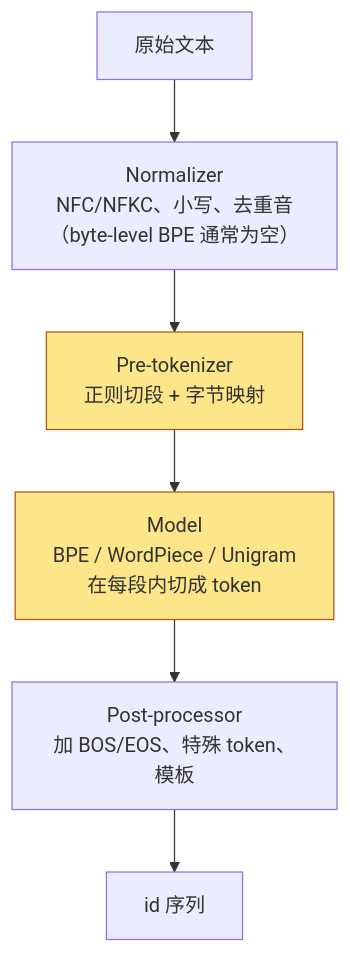
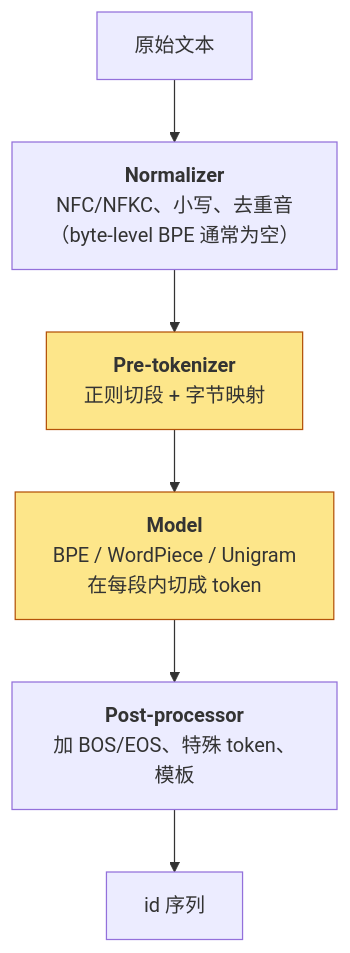
Before and after one commit to arganzheng/arganzheng.github.com: the diagram in _posts/2026-04-10-tokenizer-vocabulary-and-token-efficiency.md, drawn with Mermaid. The commit also changed 5 other files, not shown here.

First line of the commit message:
预训练：从 tokenizer 到训练配方：Mermaid 多行方框的首行标为标题（6 篇）

````diff
--- a/_posts/2026-04-10-tokenizer-vocabulary-and-token-efficiency.md
+++ b/_posts/2026-04-10-tokenizer-vocabulary-and-token-efficiency.md
@@ -322,12 +322,12 @@
 ```mermaid
 %% 图：tokenizer 的四段流水线：Normalizer → Pre-tokenizer → Model → Post-processor
 flowchart TB
-    T["原始文本"] --> N["Normalizer<br/>NFC/NFKC、小写、去重音<br/>（byte-level BPE 通常为空）"]
-    N --> P["Pre-tokenizer<br/>正则切段 + 字节映射"]
-    P --> M["Model<br/>BPE / WordPiece / Unigram<br/>在每段内切成 token"]
-    M --> PP["Post-processor<br/>加 BOS/EOS、特殊 token、模板"]
+    T["原始文本"] --> N["<b>Normalizer</b><br/>NFC/NFKC、小写、去重音<br/>（byte-level BPE 通常为空）"]
+    N --> P["<b>Pre-tokenizer</b><br/>正则切段 + 字节映射"]
+    P --> M["<b>Model</b><br/>BPE / WordPiece / Unigram<br/>在每段内切成 token"]
+    M --> PP["<b>Post-processor</b><br/>加 BOS/EOS、特殊 token、模板"]
     PP --> I["id 序列"]
 
     classDef hot fill:#fde68a,stroke:#b45309;
     class P,M hot;
 ```
````
